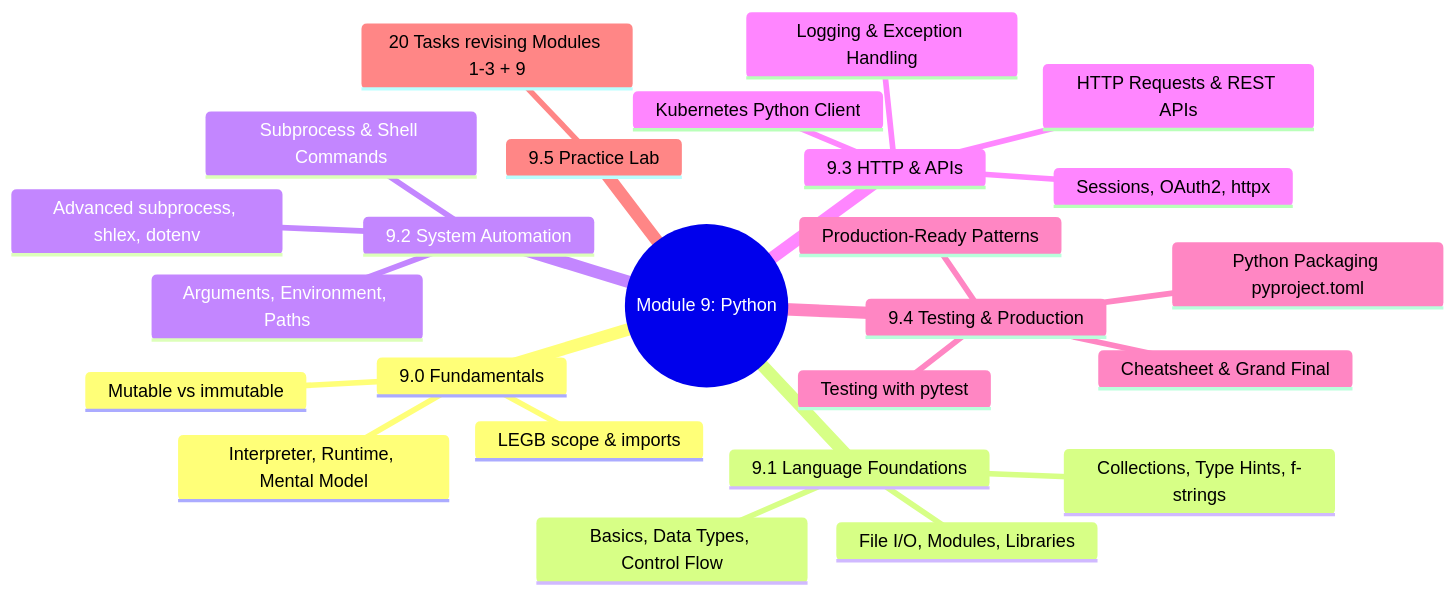
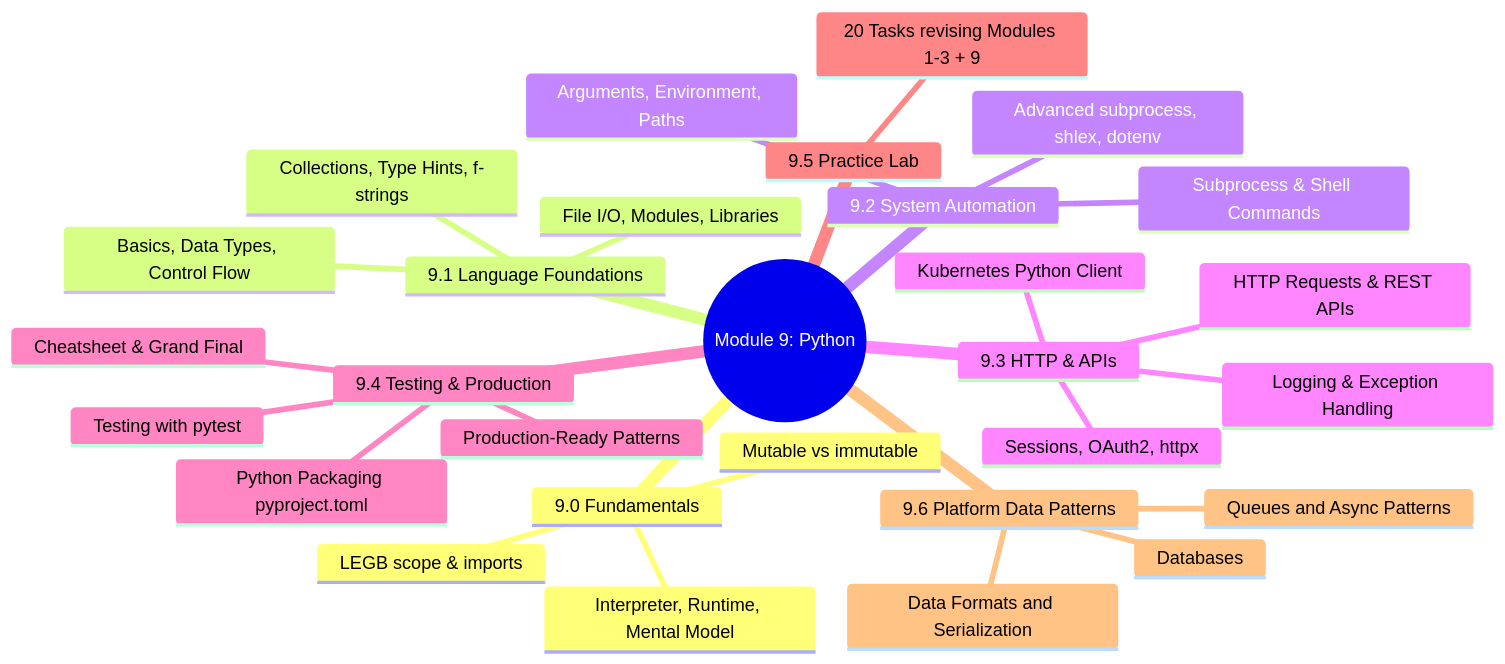
The first of 4 diagrams in 9-Python/Module_9_Approach_Guide.md (VidhyadharanSS/PlatformEngineeringNotes), drawn with Mermaid before and after one commit. The commit also changed other lines of this file and 120 other files, not shown here.

````diff
--- a/9-Python/Module_9_Approach_Guide.md
+++ b/9-Python/Module_9_Approach_Guide.md
@@ -5,28 +5,32 @@
 ```mermaid
 mindmap
   root((Module 9: Python))
     9.0 Fundamentals
       Interpreter, Runtime, Mental Model
       LEGB scope & imports
       Mutable vs immutable
     9.1 Language Foundations
       Basics, Data Types, Control Flow
       File I/O, Modules, Libraries
       Collections, Type Hints, f-strings
     9.2 System Automation
       Subprocess & Shell Commands
       Arguments, Environment, Paths
       Advanced subprocess, shlex, dotenv
     9.3 HTTP & APIs
       Logging & Exception Handling
       HTTP Requests & REST APIs
       Sessions, OAuth2, httpx
       Kubernetes Python Client
     9.4 Testing & Production
       Testing with pytest
       Production-Ready Patterns
       Python Packaging pyproject.toml
       Cheatsheet & Grand Final
     9.5 Practice Lab
       20 Tasks revising Modules 1-3 + 9
+    9.6 Platform Data Patterns
+      Databases
+      Queues and Async Patterns
+      Data Formats and Serialization
 ```
````
